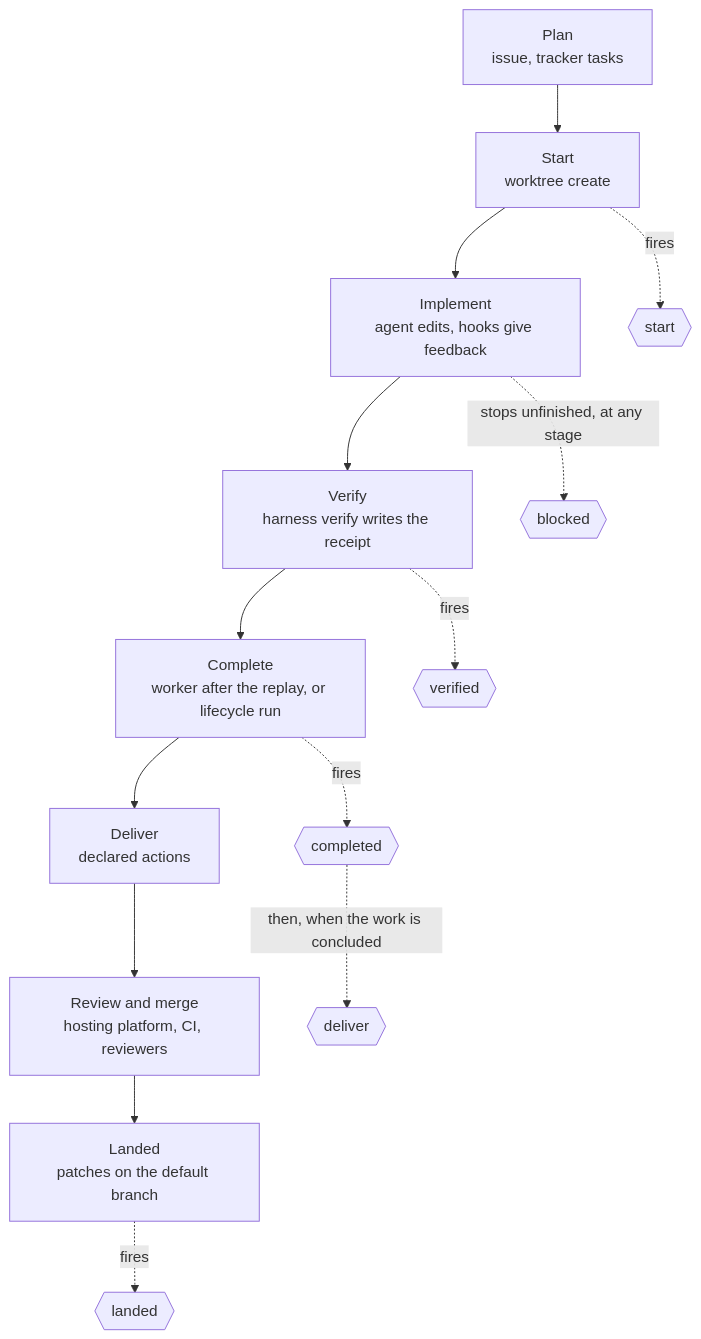
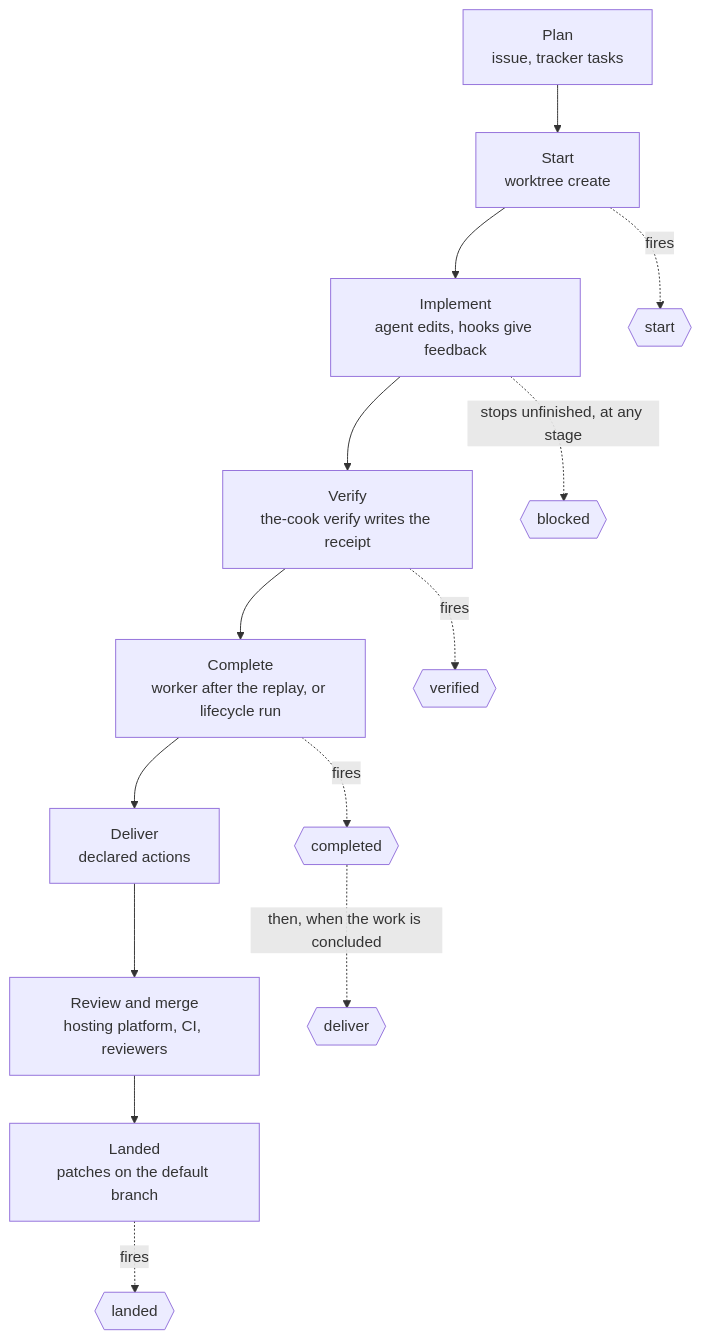
The first of 2 diagrams in docs/features/lifecycle.md (lmarqs/harness), drawn with Mermaid before and after one commit. The commit also changed other lines of this file and 64 other files, not shown here.

````diff
--- a/docs/features/lifecycle.md
+++ b/docs/features/lifecycle.md
@@ -72,16 +72,16 @@
 ```mermaid
 flowchart TB
   s1["Plan<br/>issue, tracker tasks"] --> s2["Start<br/>worktree create"]
   s2 --> s3["Implement<br/>agent edits, hooks give feedback"]
-  s3 --> s4["Verify<br/>harness verify writes the receipt"]
+  s3 --> s4["Verify<br/>the-cook verify writes the receipt"]
   s4 --> s5["Complete<br/>worker after the replay, or lifecycle run"]
   s5 --> s6["Deliver<br/>declared actions"]
   s6 --> s7["Review and merge<br/>hosting platform, CI, reviewers"]
   s7 --> s8["Landed<br/>patches on the default branch"]
   s2 -.->|fires| e1{{start}}
   s4 -.->|fires| e2{{verified}}
   s5 -.->|fires| e3{{completed}}
   e3 -.->|then, when the work is concluded| e4{{deliver}}
   s8 -.->|fires| e5{{landed}}
   s3 -.->|stops unfinished, at any stage| e6{{blocked}}
 ```
````
